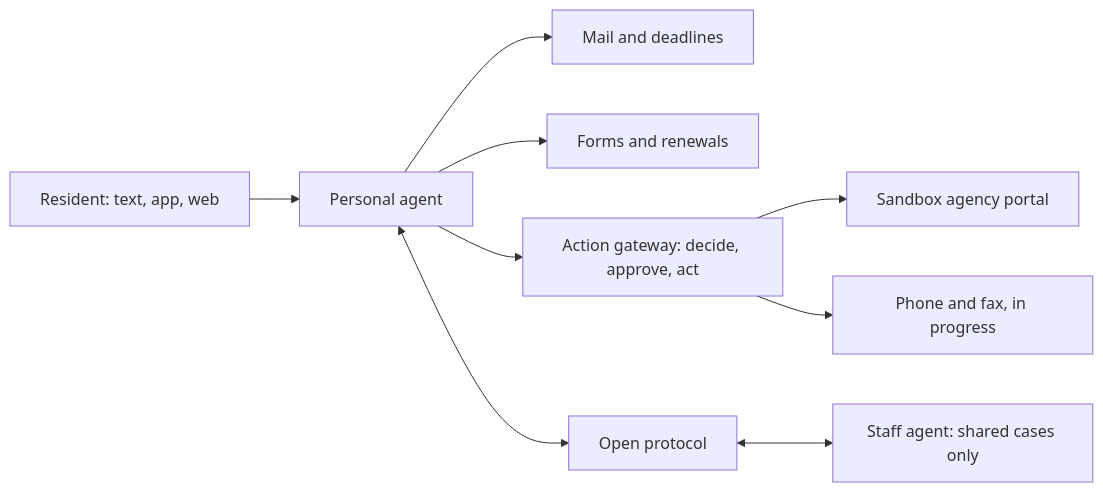
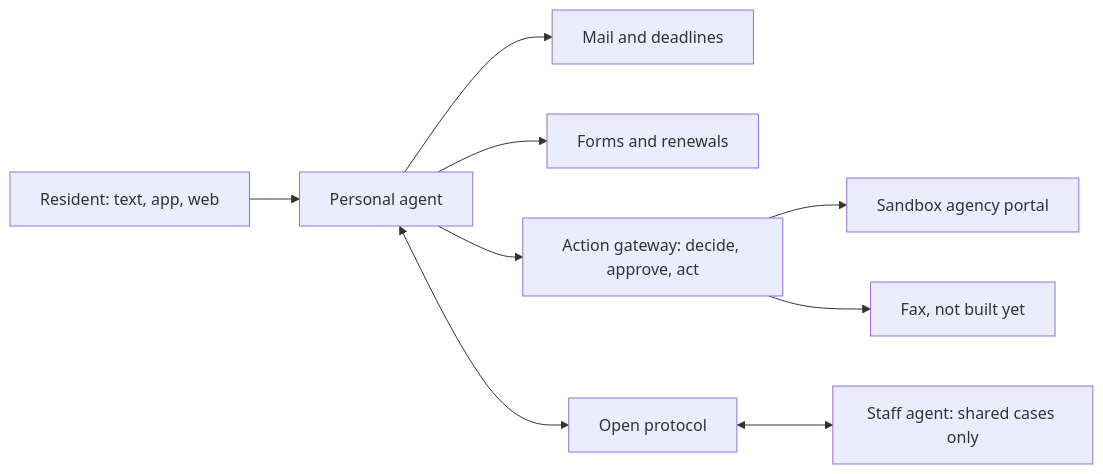
The diagram in README.md (mrcoven94/mano), drawn with Mermaid before and after one commit. The commit also changed other lines of this file and 1 other file, not shown here.

````diff
--- a/README.md
+++ b/README.md
@@ -21,11 +22,11 @@
 ```mermaid
 flowchart LR
     resident[Resident: text, app, web] --> agent[Personal agent]
     agent --> mail[Mail and deadlines]
     agent --> forms[Forms and renewals]
     agent --> gateway[Action gateway: decide, approve, act]
     gateway --> portal[Sandbox agency portal]
-    gateway --> phone[Phone and fax, in progress]
+    gateway --> fax[Fax, not built yet]
     agent <--> protocol[Open protocol]
     protocol <--> staff[Staff agent: shared cases only]
 ```
````
